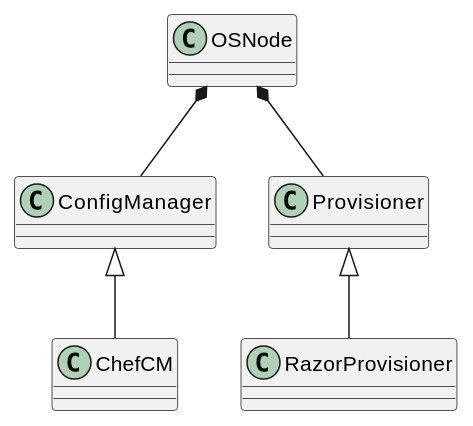
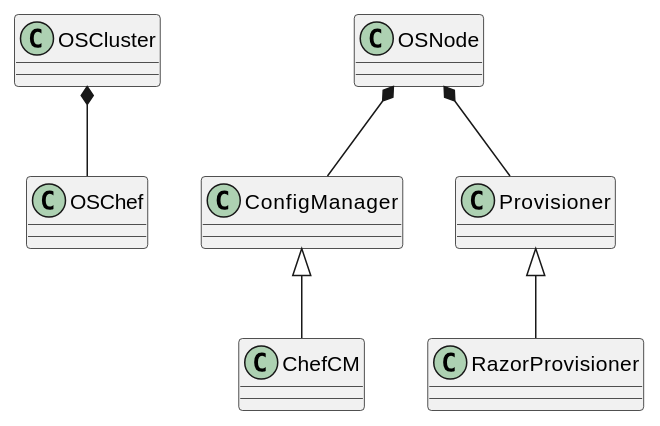
Before and after one commit to rcbops/jenkins-build: the diagram in qa/uml.org, drawn with PlantUML. The commit also changed 4 other files, not shown here.

```diff
--- a/qa/uml.org
+++ b/qa/uml.org
@@ -1,6 +1,7 @@
 #+begin_src plantuml :file class_diag.png
+  OSCluster *-- OSChef
   OSNode *-- ConfigManager
   OSNode *-- Provisioner
   ConfigManager <|-- ChefCM
   Provisioner <|-- RazorProvisioner
 #+end_src
```
